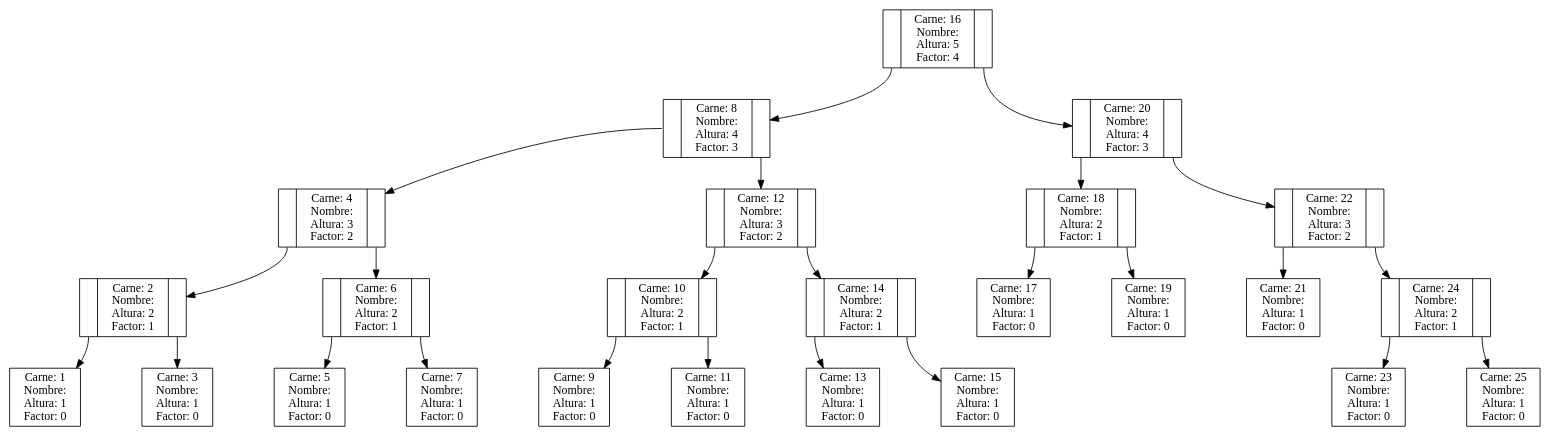
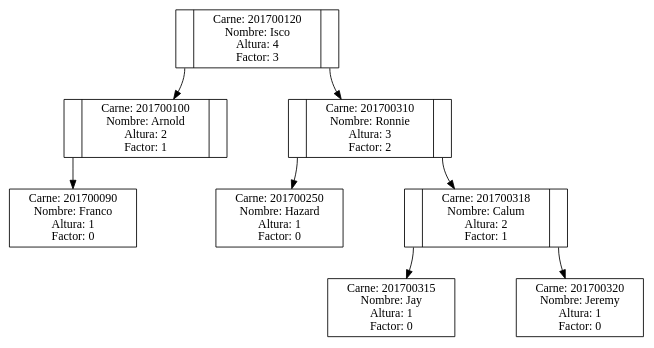
The diagram in graficaAVL.dot (MickysxD/EDD_2S2019_P2_201700543), drawn with Graphviz before and after one commit. The commit also changed 17 other files, not shown here.

```diff
--- a/graficaAVL.dot
+++ b/graficaAVL.dot
@@ -1,66 +1,24 @@
 digraph grafico{
 node [shape = record];
 graph [nodesep = 1];
 rankdir=TB;
-"16"[label= "<C0>| Carne: 16\nNombre: \nAltura: 5\nFactor: 4|<C1>"];
-"8"[label= "<C0>| Carne: 8\nNombre: \nAltura: 4\nFactor: 3|<C1>"];
-"4"[label= "<C0>| Carne: 4\nNombre: \nAltura: 3\nFactor: 2|<C1>"];
-"2"[label= "<C0>| Carne: 2\nNombre: \nAltura: 2\nFactor: 1|<C1>"];
-"1"[label= "Carne: 1\nNombre: \nAltura: 1\nFactor: 0"];
-"2":C0->"1";
-"3"[label= "Carne: 3\nNombre: \nAltura: 1\nFactor: 0"];
-"2":C1->"3";
-{rank=same; "1" "3" }
-"4":C0->"2";
-"6"[label= "<C0>| Carne: 6\nNombre: \nAltura: 2\nFactor: 1|<C1>"];
-"5"[label= "Carne: 5\nNombre: \nAltura: 1\nFactor: 0"];
-"6":C0->"5";
-"7"[label= "Carne: 7\nNombre: \nAltura: 1\nFactor: 0"];
-"6":C1->"7";
-{rank=same; "5" "7" }
-"4":C1->"6";
-{rank=same; "2" "6" }
-"8":C0->"4";
-"12"[label= "<C0>| Carne: 12\nNombre: \nAltura: 3\nFactor: 2|<C1>"];
-"10"[label= "<C0>| Carne: 10\nNombre: \nAltura: 2\nFactor: 1|<C1>"];
-"9"[label= "Carne: 9\nNombre: \nAltura: 1\nFactor: 0"];
-"10":C0->"9";
-"11"[label= "Carne: 11\nNombre: \nAltura: 1\nFactor: 0"];
-"10":C1->"11";
-{rank=same; "9" "11" }
-"12":C0->"10";
-"14"[label= "<C0>| Carne: 14\nNombre: \nAltura: 2\nFactor: 1|<C1>"];
-"13"[label= "Carne: 13\nNombre: \nAltura: 1\nFactor: 0"];
-"14":C0->"13";
-"15"[label= "Carne: 15\nNombre: \nAltura: 1\nFactor: 0"];
-"14":C1->"15";
-{rank=same; "13" "15" }
-"12":C1->"14";
-{rank=same; "10" "14" }
-"8":C1->"12";
-{rank=same; "4" "12" }
-"16":C0->"8";
-"20"[label= "<C0>| Carne: 20\nNombre: \nAltura: 4\nFactor: 3|<C1>"];
-"18"[label= "<C0>| Carne: 18\nNombre: \nAltura: 2\nFactor: 1|<C1>"];
-"17"[label= "Carne: 17\nNombre: \nAltura: 1\nFactor: 0"];
-"18":C0->"17";
-"19"[label= "Carne: 19\nNombre: \nAltura: 1\nFactor: 0"];
-"18":C1->"19";
-{rank=same; "17" "19" }
-"20":C0->"18";
-"22"[label= "<C0>| Carne: 22\nNombre: \nAltura: 3\nFactor: 2|<C1>"];
-"21"[label= "Carne: 21\nNombre: \nAltura: 1\nFactor: 0"];
-"22":C0->"21";
-"24"[label= "<C0>| Carne: 24\nNombre: \nAltura: 2\nFactor: 1|<C1>"];
-"23"[label= "Carne: 23\nNombre: \nAltura: 1\nFactor: 0"];
-"24":C0->"23";
-"25"[label= "Carne: 25\nNombre: \nAltura: 1\nFactor: 0"];
-"24":C1->"25";
-{rank=same; "23" "25" }
-"22":C1->"24";
-{rank=same; "21" "24" }
-"20":C1->"22";
-{rank=same; "18" "22" }
-"16":C1->"20";
-{rank=same; "8" "20" }
+"201700120"[label= "<C0>| Carne: 201700120\nNombre: Isco\nAltura: 4\nFactor: 3|<C1>"];
+"201700100"[label= "<C0>| Carne: 201700100\nNombre: Arnold\nAltura: 2\nFactor: 1|<C1>"];
+"201700090"[label= "Carne: 201700090\nNombre: Franco\nAltura: 1\nFactor: 0"];
+"201700100":C0->"201700090";
+{rank=same; "201700090" }
+"201700120":C0->"201700100";
+"201700310"[label= "<C0>| Carne: 201700310\nNombre: Ronnie\nAltura: 3\nFactor: 2|<C1>"];
+"201700250"[label= "Carne: 201700250\nNombre: Hazard\nAltura: 1\nFactor: 0"];
+"201700310":C0->"201700250";
+"201700318"[label= "<C0>| Carne: 201700318\nNombre: Calum\nAltura: 2\nFactor: 1|<C1>"];
+"201700315"[label= "Carne: 201700315\nNombre: Jay\nAltura: 1\nFactor: 0"];
+"201700318":C0->"201700315";
+"201700320"[label= "Carne: 201700320\nNombre: Jeremy\nAltura: 1\nFactor: 0"];
+"201700318":C1->"201700320";
+{rank=same; "201700315" "201700320" }
+"201700310":C1->"201700318";
+{rank=same; "201700250" "201700318" }
+"201700120":C1->"201700310";
+{rank=same; "201700100" "201700310" }
 }
```
